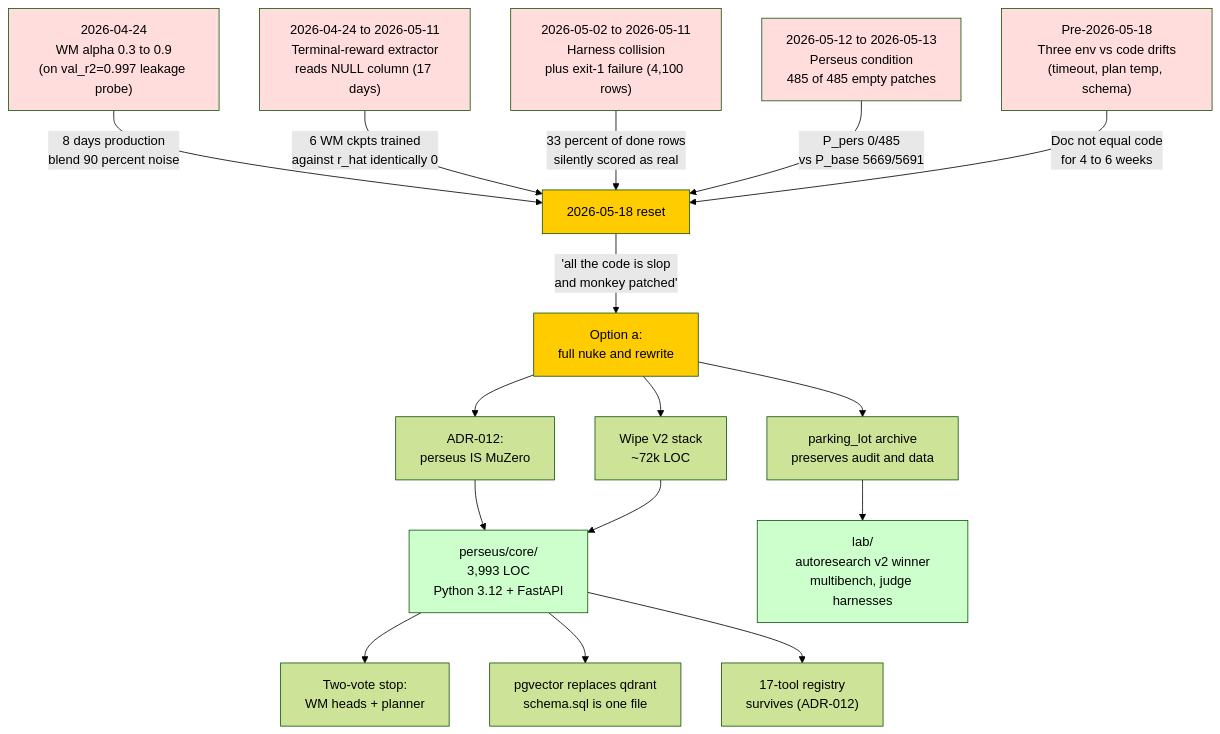
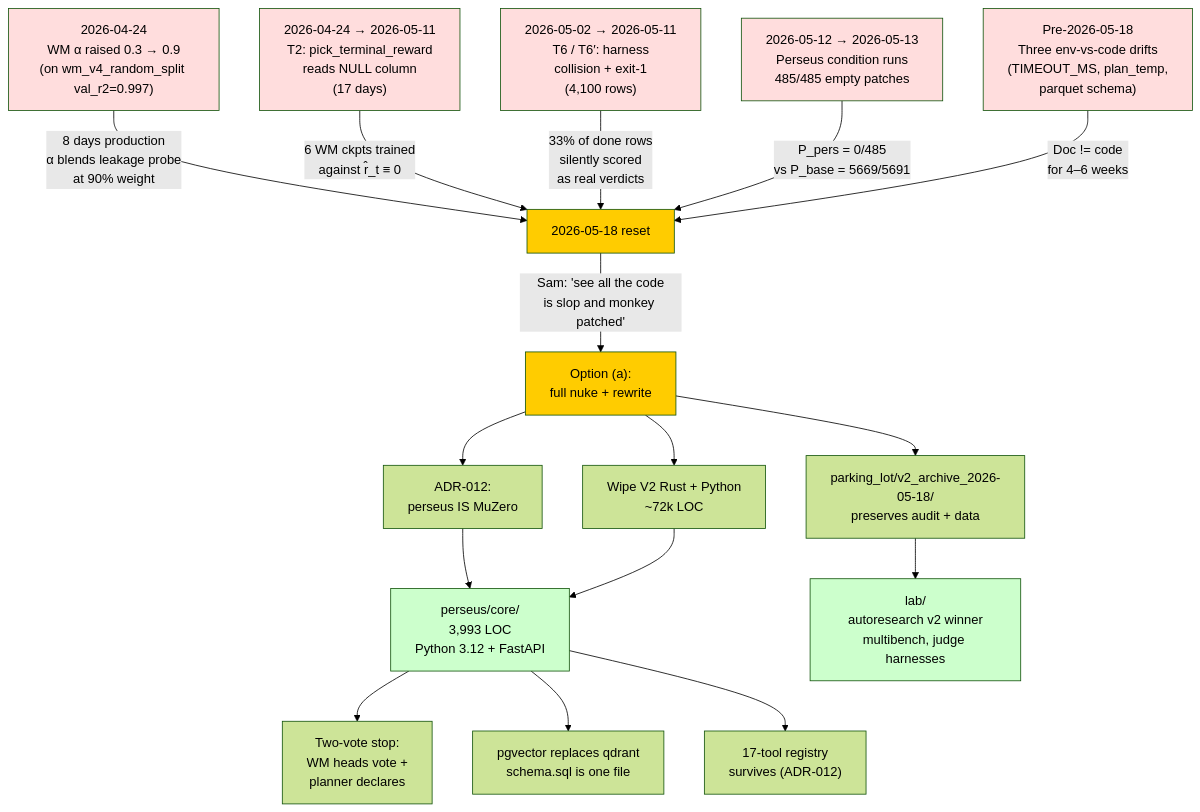
Before and after one commit to samrathchadha/perseusresearch: the diagram in src/content/essays/the-reset.mdx, drawn with Mermaid (forest theme). The commit also changed other lines of this file and 31 other files, not shown here.

````diff
--- a/src/content/essays/the-reset.mdx
+++ b/src/content/essays/the-reset.mdx
@@ -80,28 +655,36 @@
 ```mermaid
 flowchart TD
-    A["2026-04-24\nWM alpha 0.3 to 0.9\n(on val_r2=0.997 leakage probe)"] -->|"8 days production\nblend 90 percent noise"| F["2026-05-18 reset"]
-    B["2026-04-24 to 2026-05-11\nTerminal-reward extractor\nreads NULL column (17 days)"] -->|"6 WM ckpts trained\nagainst r_hat identically 0"| F
-    C["2026-05-02 to 2026-05-11\nHarness collision\nplus exit-1 failure (4,100 rows)"] -->|"33 percent of done rows\nsilently scored as real"| F
-    D["2026-05-12 to 2026-05-13\nPerseus condition\n485 of 485 empty patches"] -->|"P_pers 0/485\nvs P_base 5669/5691"| F
-    E["Pre-2026-05-18\nThree env vs code drifts\n(timeout, plan temp, schema)"] -->|"Doc not equal code\nfor 4 to 6 weeks"| F
-    F -->|"'all the code is slop\nand monkey patched'"| G["Option a:\nfull nuke and rewrite"]
-    G --> H["ADR-012:\nperseus IS MuZero"]
-    G --> I["Wipe V2 stack\n~72k LOC"]
-    G --> J["parking_lot archive\npreserves audit and data"]
-    H --> K["perseus/core/\n3,993 LOC\nPython 3.12 + FastAPI"]
+    A["2026-04-24<br/>WM α raised 0.3 → 0.9<br/>(on wm_v4_random_split val_r2=0.997)"] -->|"8 days production<br/>α blends leakage probe<br/>at 90% weight"| F["2026-05-18 reset"]
+
+    B["2026-04-24 → 2026-05-11<br/>T2: pick_terminal_reward<br/>reads NULL column<br/>(17 days)"] -->|"6 WM ckpts trained<br/>against r̂_t ≡ 0"| F
+
+    C["2026-05-02 → 2026-05-11<br/>T6 / T6′: harness<br/>collision + exit-1<br/>(4,100 rows)"] -->|"33% of done rows<br/>silently scored<br/>as real verdicts"| F
+
+    D["2026-05-12 → 2026-05-13<br/>Perseus condition runs<br/>485/485 empty patches"] -->|"P_pers = 0/485<br/>vs P_base = 5669/5691"| F
+
+    E["Pre-2026-05-18<br/>Three env-vs-code drifts<br/>(TIMEOUT_MS, plan_temp,<br/>parquet schema)"] -->|"Doc != code<br/>for 4–6 weeks"| F
+
+    F -->|"Sam: 'see all the code<br/>is slop and monkey patched'"| G["Option (a):<br/>full nuke + rewrite"]
+
+    G --> H["ADR-012:<br/>perseus IS MuZero"]
+    G --> I["Wipe V2 Rust + Python<br/>~72k LOC"]
+    G --> J["parking_lot/v2_archive_2026-05-18/<br/>preserves audit + data"]
+
+    H --> K["perseus/core/<br/>3,993 LOC<br/>Python 3.12 + FastAPI"]
     I --> K
-    J --> L["lab/\nautoresearch v2 winner\nmultibench, judge harnesses"]
-    K --> M["Two-vote stop:\nWM heads + planner"]
-    K --> N["pgvector replaces qdrant\nschema.sql is one file"]
-    K --> O["17-tool registry\nsurvives (ADR-012)"]
+    J --> L["lab/<br/>autoresearch v2 winner<br/>multibench, judge harnesses"]
+
+    K --> M["Two-vote stop:<br/>WM heads vote +<br/>planner declares"]
+    K --> N["pgvector replaces qdrant<br/>schema.sql is one file"]
+    K --> O["17-tool registry<br/>survives (ADR-012)"]
 
     style A fill:#fdd
     style B fill:#fdd
     style C fill:#fdd
     style D fill:#fdd
     style E fill:#fdd
     style F fill:#fc0
     style G fill:#fc0
     style K fill:#cfc
     style L fill:#cfc
 ```
````
